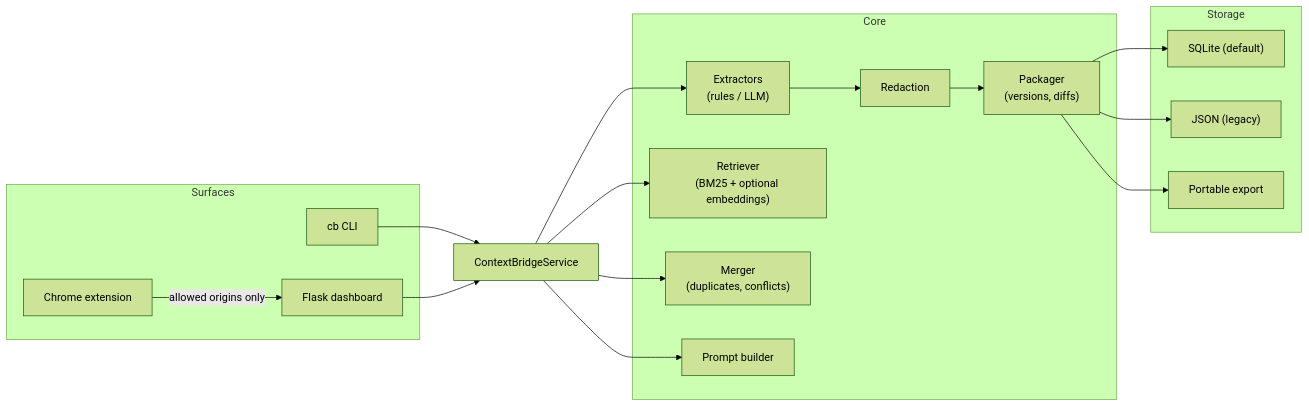
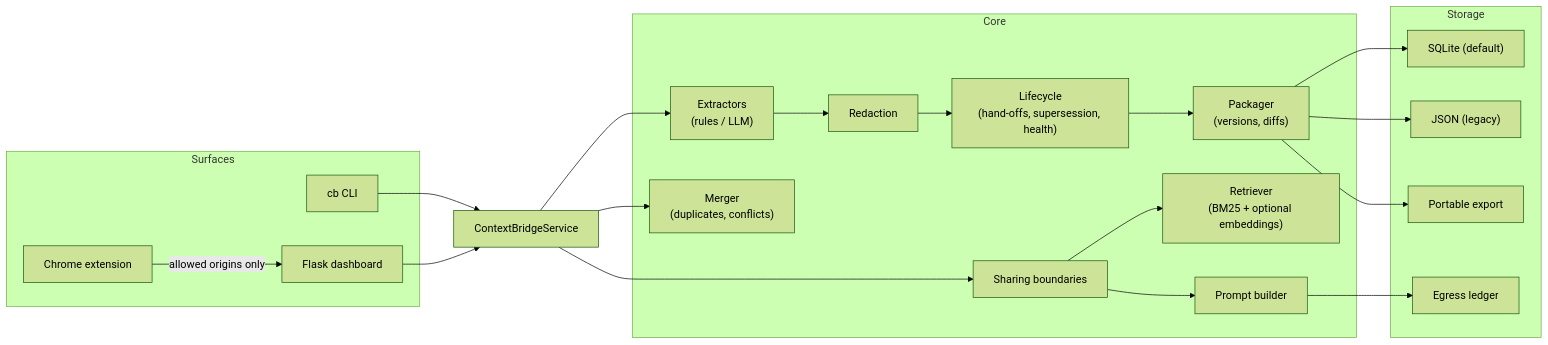
Before and after one commit to TirthPatel6104/ContextBridge: the diagram in README.md, drawn with Mermaid (forest theme). The commit also changed other lines of this file and 24 other files, not shown here.

````diff
--- a/README.md
+++ b/README.md
@@ -97,31 +122,34 @@
 ```mermaid
 graph LR
     subgraph Surfaces
         CLI["cb CLI"]
         WEB["Flask dashboard"]
         EXT["Chrome extension"]
     end
     SVC["ContextBridgeService"]
     subgraph Core
         EXTR["Extractors<br/>(rules / LLM)"]
         RED["Redaction"]
+        LIFE["Lifecycle<br/>(hand-offs, supersession, health)"]
         PKG["Packager<br/>(versions, diffs)"]
         RET["Retriever<br/>(BM25 + optional embeddings)"]
         MRG["Merger<br/>(duplicates, conflicts)"]
+        SHR["Sharing boundaries"]
         PB["Prompt builder"]
     end
     subgraph Storage
         SQL["SQLite (default)"]
         JSON["JSON (legacy)"]
         PORT["Portable export"]
+        LEDGER["Egress ledger"]
     end
     EXT -->|allowed origins only| WEB
     CLI --> SVC
     WEB --> SVC
-    SVC --> EXTR --> RED --> PKG --> SQL
-    SVC --> RET
+    SVC --> EXTR --> RED --> LIFE --> PKG --> SQL
+    SVC --> SHR --> RET
+    SHR --> PB --> LEDGER
     SVC --> MRG
-    SVC --> PB
     PKG --> JSON
     PKG --> PORT
 ```
````
